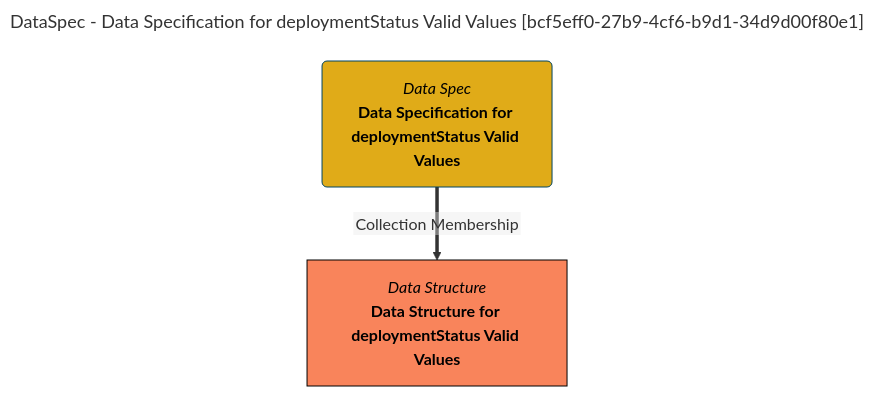
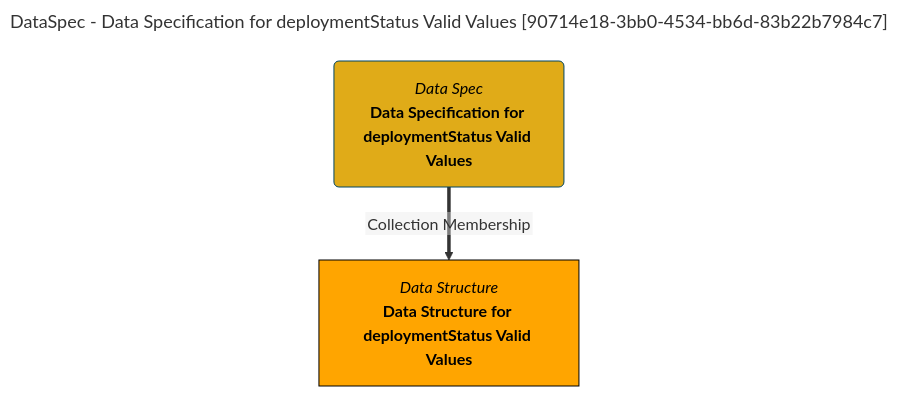
Before and after one commit to odpi/egeria-docs: the diagram in site/snippets/collections/data-specs/data-specification-for-deploymentstatus-valid-values-mermaid-graph.md, drawn with Mermaid. The commit also changed 2201 other files, not shown here.

````diff
--- a/site/snippets/collections/data-specs/data-specification-for-deploymentstatus-valid-values-mermaid-graph.md
+++ b/site/snippets/collections/data-specs/data-specification-for-deploymentstatus-valid-values-mermaid-graph.md
@@ -1,15 +1,15 @@
 ```mermaid
 ---
-title: DataSpec - Data Specification for deploymentStatus Valid Values [bcf5eff0-27b9-4cf6-b9d1-34d9d00f80e1]
+title: DataSpec - Data Specification for deploymentStatus Valid Values [90714e18-3bb0-4534-bb6d-83b22b7984c7]
 ---
 flowchart TD
 %%{init: {"flowchart": {"htmlLabels": false}} }%%
 
 1@{ shape: rounded, label: "*Data Spec*
 **Data Specification for deploymentStatus Valid Values**"}
 2@{ shape: rect, label: "*Data Structure*
 **Data Structure for deploymentStatus Valid Values**"}
 1==>|"Collection Membership"|2
 style 1 color:#000000, fill:#e0ab18, stroke:#004563
-style 2 color:#000000, fill:#f9845b, stroke:#000000
+style 2 color:#000000, fill:#FFA500, stroke:#000000
 ```
````
